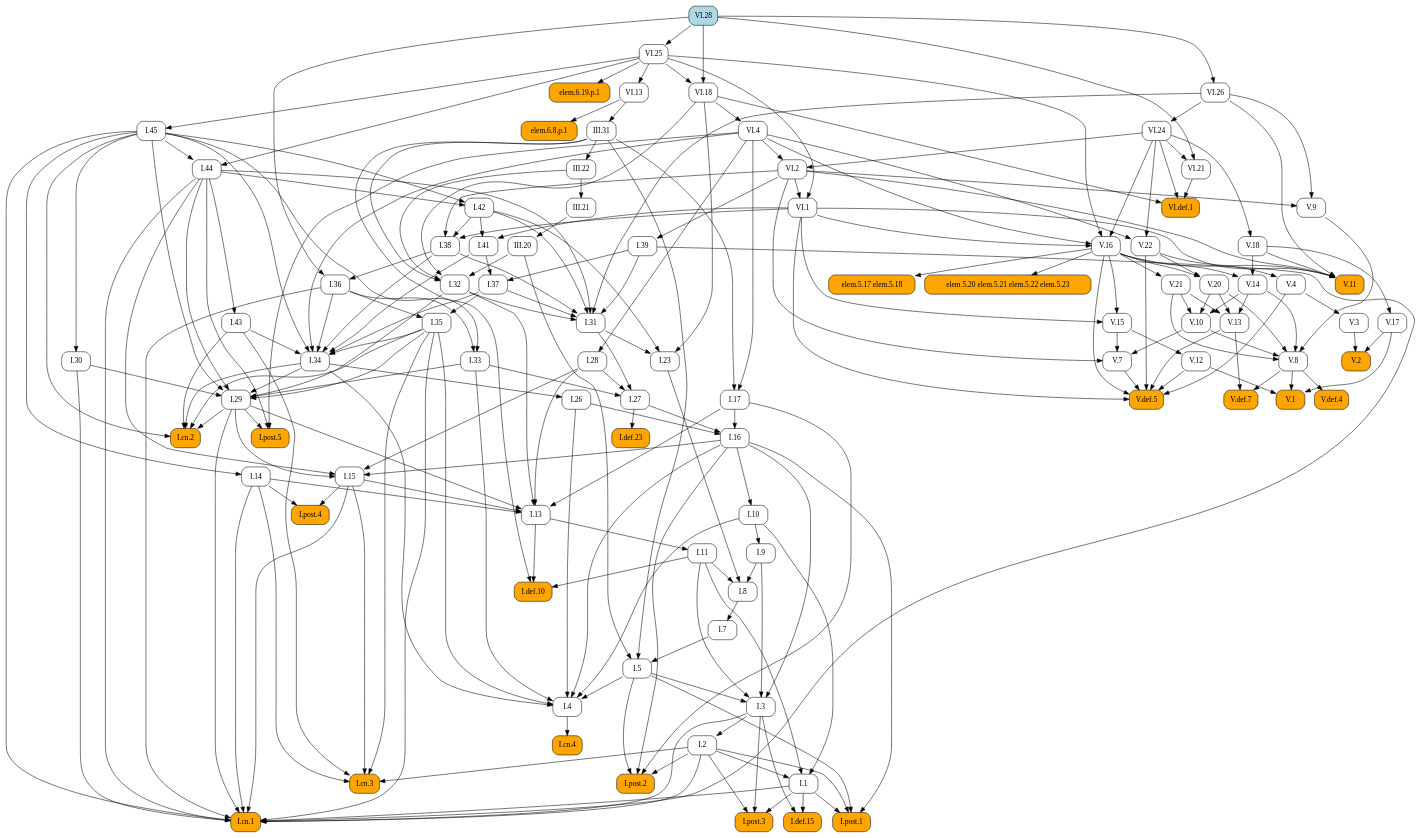
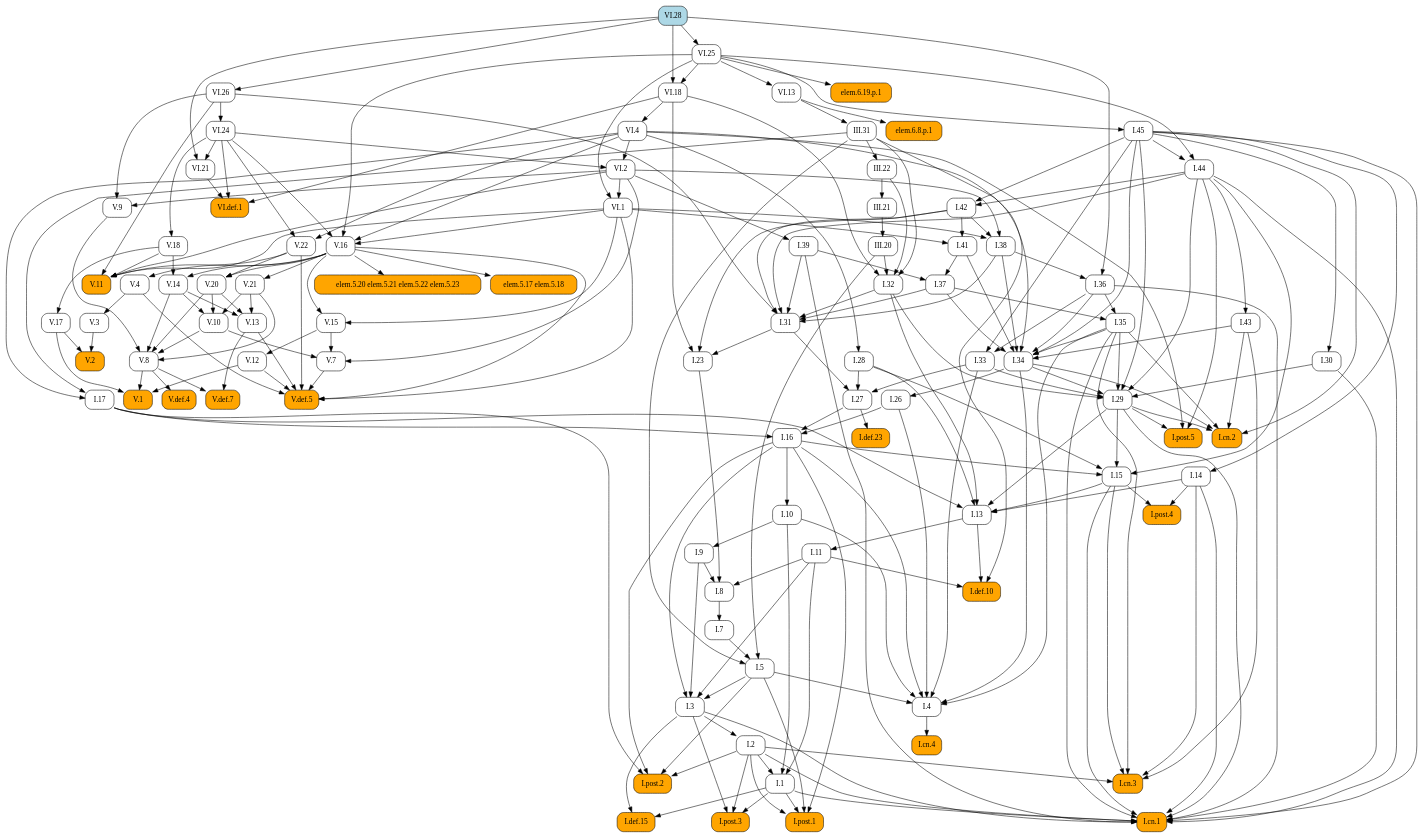
Before and after one commit to geometor/elements: the diagram in docsrc/elements2/VI/28/index.rst, drawn with Graphviz. The commit also changed other lines of this file and 409 other files, not shown here.

First line of the commit message:
feat: Add image cropping and graphic extraction script

```diff
--- a/docsrc/elements2/VI/28/index.rst
+++ b/docsrc/elements2/VI/28/index.rst
@@ -119,126 +119,94 @@
    digraph {
      rankdir="TB";
      node [shape=box, style=rounded];
+     "I.31" [URL="/elements2/I/31/", target="_top"];
+     "I.41" [URL="/elements2/I/41/", target="_top"];
+     "V.10" [URL="/elements2/V/10/", target="_top"];
      "I.8" [URL="/elements2/I/8/", target="_top"];
-     "V.20" [URL="/elements2/V/20/", target="_top"];
+     "I.15" [URL="/elements2/I/15/", target="_top"];
+     "VI.1" [URL="/elements2/VI/1/", target="_top"];
+     "V.8" [URL="/elements2/V/8/", target="_top"];
+     "I.44" [URL="/elements2/I/44/", target="_top"];
+     "I.26" [URL="/elements2/I/26/", target="_top"];
+     "I.cn.1" [style="rounded,filled", fillcolor=orange, URL="/elements2/I/cn.1/", target="_top"];
+     "elem.5.20 elem.5.21 elem.5.22 elem.5.23" [style="rounded,filled", fillcolor=orange];
+     "elem.6.8.p.1" [style="rounded,filled", fillcolor=orange];
+     "I.28" [URL="/elements2/I/28/", target="_top"];
+     "V.def.5" [style="rounded,filled", fillcolor=orange, URL="/elements2/V/def.5/", target="_top"];
+     "V.17" [URL="/elements2/V/17/", target="_top"];
+     "I.16" [URL="/elements2/I/16/", target="_top"];
+     "VI.13" [URL="/elements2/VI/13/", target="_top"];
+     "I.35" [URL="/elements2/I/35/", target="_top"];
+     "I.34" [URL="/elements2/I/34/", target="_top"];
+     "elem.6.19.p.1" [style="rounded,filled", fillcolor=orange];
+     "I.30" [URL="/elements2/I/30/", target="_top"];
+     "VI.18" [URL="/elements2/VI/18/", target="_top"];
+     "VI.4" [URL="/elements2/VI/4/", target="_top"];
+     "I.33" [URL="/elements2/I/33/", target="_top"];
+     "V.15" [URL="/elements2/V/15/", target="_top"];
+     "V.4" [URL="/elements2/V/4/", target="_top"];
+     "elem.5.17 elem.5.18" [style="rounded,filled", fillcolor=orange];
+     "I.def.15" [style="rounded,filled", fillcolor=orange, URL="/elements2/I/def.15/", target="_top"];
+     "V.14" [URL="/elements2/V/14/", target="_top"];
+     "I.42" [URL="/elements2/I/42/", target="_top"];
+     "V.3" [URL="/elements2/V/3/", target="_top"];
+     "I.11" [URL="/elements2/I/11/", target="_top"];
+     "III.22" [URL="/elements2/III/22/", target="_top"];
+     "I.14" [URL="/elements2/I/14/", target="_top"];
+     "III.21" [URL="/elements2/III/21/", target="_top"];
+     "V.11" [style="rounded,filled", fillcolor=orange, URL="/elements2/V/11/", target="_top"];
+     "I.cn.3" [style="rounded,filled", fillcolor=orange, URL="/elements2/I/cn.3/", target="_top"];
+     "I.9" [URL="/elements2/I/9/", target="_top"];
+     "I.29" [URL="/elements2/I/29/", target="_top"];
      "I.36" [URL="/elements2/I/36/", target="_top"];
-     "V.def.5" [style="rounded,filled", fillcolor=orange, URL="/elements2/V/def.5/", target="_top"];
-     "VI.13" [URL="/elements2/VI/13/", target="_top"];
-     "I.38" [URL="/elements2/I/38/", target="_top"];
-     "I.post.5" [style="rounded,filled", fillcolor=orange, URL="/elements2/I/post.5/", target="_top"];
-     "I.def.10" [style="rounded,filled", fillcolor=orange, URL="/elements2/I/def.10/", target="_top"];
-     "I.30" [URL="/elements2/I/30/", target="_top"];
+     "V.13" [URL="/elements2/V/13/", target="_top"];
+     "I.post.1" [style="rounded,filled", fillcolor=orange, URL="/elements2/I/post.1/", target="_top"];
+     "V.def.4" [style="rounded,filled", fillcolor=orange, URL="/elements2/V/def.4/", target="_top"];
+     "VI.2" [URL="/elements2/VI/2/", target="_top"];
+     "I.27" [URL="/elements2/I/27/", target="_top"];
+     "V.1" [style="rounded,filled", fillcolor=orange, URL="/elements2/V/1/", target="_top"];
+     "I.cn.4" [style="rounded,filled", fillcolor=orange, URL="/elements2/I/cn.4/", target="_top"];
+     "I.post.4" [style="rounded,filled", fillcolor=orange, URL="/elements2/I/post.4/", target="_top"];
      "I.cn.2" [style="rounded,filled", fillcolor=orange, URL="/elements2/I/cn.2/", target="_top"];
-     "elem.6.19.p.1" [style="rounded,filled", fillcolor=orange];
-     "III.31" [URL="/elements2/III/31/", target="_top"];
-     "I.31" [URL="/elements2/I/31/", target="_top"];
+     "V.7" [URL="/elements2/V/7/", target="_top"];
+     "I.37" [URL="/elements2/I/37/", target="_top"];
      "I.43" [URL="/elements2/I/43/", target="_top"];
-     "I.post.2" [style="rounded,filled", fillcolor=orange, URL="/elements2/I/post.2/", target="_top"];
-     "I.def.23" [style="rounded,filled", fillcolor=orange, URL="/elements2/I/def.23/", target="_top"];
-     "VI.25" [URL="/elements2/VI/25/", target="_top"];
-     "I.26" [URL="/elements2/I/26/", target="_top"];
-     "VI.21" [URL="/elements2/VI/21/", target="_top"];
-     "elem.6.8.p.1" [style="rounded,filled", fillcolor=orange];
-     "V.17" [URL="/elements2/V/17/", target="_top"];
-     "V.3" [URL="/elements2/V/3/", target="_top"];
-     "I.cn.3" [style="rounded,filled", fillcolor=orange, URL="/elements2/I/cn.3/", target="_top"];
+     "V.21" [URL="/elements2/V/21/", target="_top"];
+     "I.5" [URL="/elements2/I/5/", target="_top"];
+     "V.def.7" [style="rounded,filled", fillcolor=orange, URL="/elements2/V/def.7/", target="_top"];
+     "I.17" [URL="/elements2/I/17/", target="_top"];
+     "V.12" [URL="/elements2/V/12/", target="_top"];
+     "VI.28" [style="rounded,filled", fillcolor=lightblue, URL="/elements2/VI/28/", target="_top"];
+     "I.32" [URL="/elements2/I/32/", target="_top"];
+     "I.7" [URL="/elements2/I/7/", target="_top"];
+     "V.18" [URL="/elements2/V/18/", target="_top"];
+     "I.23" [URL="/elements2/I/23/", target="_top"];
+     "V.9" [URL="/elements2/V/9/", target="_top"];
      "III.20" [URL="/elements2/III/20/", target="_top"];
      "V.2" [style="rounded,filled", fillcolor=orange, URL="/elements2/V/2/", target="_top"];
-     "V.12" [URL="/elements2/V/12/", target="_top"];
+     "VI.21" [URL="/elements2/VI/21/", target="_top"];
+     "VI.25" [URL="/elements2/VI/25/", target="_top"];
+     "I.38" [URL="/elements2/I/38/", target="_top"];
+     "III.31" [URL="/elements2/III/31/", target="_top"];
+     "I.def.10" [style="rounded,filled", fillcolor=orange, URL="/elements2/I/def.10/", target="_top"];
+     "VI.24" [URL="/elements2/VI/24/", target="_top"];
+     "V.20" [URL="/elements2/V/20/", target="_top"];
+     "V.16" [URL="/elements2/V/16/", target="_top"];
+     "I.def.23" [style="rounded,filled", fillcolor=orange, URL="/elements2/I/def.23/", target="_top"];
+     "I.post.5" [style="rounded,filled", fillcolor=orange, URL="/elements2/I/post.5/", target="_top"];
+     "VI.26" [URL="/elements2/VI/26/", target="_top"];
+     "I.3" [URL="/elements2/I/3/", target="_top"];
+     "I.10" [URL="/elements2/I/10/", target="_top"];
+     "I.13" [URL="/elements2/I/13/", target="_top"];
+     "I.4" [URL="/elements2/I/4/", target="_top"];
+     "I.post.3" [style="rounded,filled", fillcolor=orange, URL="/elements2/I/post.3/", target="_top"];
+     "I.39" [URL="/elements2/I/39/", target="_top"];
+     "I.45" [URL="/elements2/I/45/", target="_top"];
+     "I.2" [URL="/elements2/I/2/", target="_top"];
+     "VI.def.1" [style="rounded,filled", fillcolor=orange, URL="/elements2/VI/def.1/", target="_top"];
+     "I.1" [URL="/elements2/I/1/", target="_top"];
+     "I.post.2" [style="rounded,filled", fillcolor=orange, URL="/elements2/I/post.2/", target="_top"];
      "V.22" [URL="/elements2/V/22/", target="_top"];
-     "VI.18" [URL="/elements2/VI/18/", target="_top"];
-     "I.35" [URL="/elements2/I/35/", target="_top"];
-     "I.41" [URL="/elements2/I/41/", target="_top"];
-     "I.28" [URL="/elements2/I/28/", target="_top"];
-     "I.27" [URL="/elements2/I/27/", target="_top"];
-     "I.4" [URL="/elements2/I/4/", target="_top"];
-     "I.44" [URL="/elements2/I/44/", target="_top"];
-     "V.8" [URL="/elements2/V/8/", target="_top"];
-     "VI.2" [URL="/elements2/VI/2/", target="_top"];
-     "I.39" [URL="/elements2/I/39/", target="_top"];
-     "I.15" [URL="/elements2/I/15/", target="_top"];
-     "I.34" [URL="/elements2/I/34/", target="_top"];
-     "VI.24" [URL="/elements2/VI/24/", target="_top"];
-     "I.post.3" [style="rounded,filled", fillcolor=orange, URL="/elements2/I/post.3/", target="_top"];
-     "I.32" [URL="/elements2/I/32/", target="_top"];
-     "V.18" [URL="/elements2/V/18/", target="_top"];
-     "V.def.4" [style="rounded,filled", fillcolor=orange, URL="/elements2/V/def.4/", target="_top"];
-     "I.14" [URL="/elements2/I/14/", target="_top"];
-     "I.post.1" [style="rounded,filled", fillcolor=orange, URL="/elements2/I/post.1/", target="_top"];
-     "I.33" [URL="/elements2/I/33/", target="_top"];
-     "I.45" [URL="/elements2/I/45/", target="_top"];
-     "I.5" [URL="/elements2/I/5/", target="_top"];
-     "elem.5.17 elem.5.18" [style="rounded,filled", fillcolor=orange];
-     "VI.1" [URL="/elements2/VI/1/", target="_top"];
-     "V.11" [style="rounded,filled", fillcolor=orange, URL="/elements2/V/11/", target="_top"];
-     "V.13" [URL="/elements2/V/13/", target="_top"];
-     "III.22" [URL="/elements2/III/22/", target="_top"];
-     "V.9" [URL="/elements2/V/9/", target="_top"];
-     "V.16" [URL="/elements2/V/16/", target="_top"];
-     "I.def.15" [style="rounded,filled", fillcolor=orange, URL="/elements2/I/def.15/", target="_top"];
-     "V.15" [URL="/elements2/V/15/", target="_top"];
-     "I.11" [URL="/elements2/I/11/", target="_top"];
-     "I.3" [URL="/elements2/I/3/", target="_top"];
-     "V.14" [URL="/elements2/V/14/", target="_top"];
-     "VI.4" [URL="/elements2/VI/4/", target="_top"];
-     "V.10" [URL="/elements2/V/10/", target="_top"];
-     "I.1" [URL="/elements2/I/1/", target="_top"];
-     "I.cn.4" [style="rounded,filled", fillcolor=orange, URL="/elements2/I/cn.4/", target="_top"];
-     "I.23" [URL="/elements2/I/23/", target="_top"];
-     "III.21" [URL="/elements2/III/21/", target="_top"];
-     "I.7" [URL="/elements2/I/7/", target="_top"];
-     "I.17" [URL="/elements2/I/17/", target="_top"];
-     "I.42" [URL="/elements2/I/42/", target="_top"];
-     "I.9" [URL="/elements2/I/9/", target="_top"];
-     "V.1" [style="rounded,filled", fillcolor=orange, URL="/elements2/V/1/", target="_top"];
-     "V.7" [URL="/elements2/V/7/", target="_top"];
-     "I.29" [URL="/elements2/I/29/", target="_top"];
-     "I.16" [URL="/elements2/I/16/", target="_top"];
-     "V.21" [URL="/elements2/V/21/", target="_top"];
-     "elem.5.20 elem.5.21 elem.5.22 elem.5.23" [style="rounded,filled", fillcolor=orange];
-     "I.cn.1" [style="rounded,filled", fillcolor=orange, URL="/elements2/I/cn.1/", target="_top"];
-     "I.post.4" [style="rounded,filled", fillcolor=orange, URL="/elements2/I/post.4/", target="_top"];
-     "I.13" [URL="/elements2/I/13/", target="_top"];
-     "VI.28" [style="rounded,filled", fillcolor=lightblue, URL="/elements2/VI/28/", target="_top"];
-     "VI.def.1" [style="rounded,filled", fillcolor=orange, URL="/elements2/VI/def.1/", target="_top"];
-     "I.2" [URL="/elements2/I/2/", target="_top"];
-     "I.37" [URL="/elements2/I/37/", target="_top"];
-     "I.10" [URL="/elements2/I/10/", target="_top"];
-     "V.def.7" [style="rounded,filled", fillcolor=orange, URL="/elements2/V/def.7/", target="_top"];
-     "VI.26" [URL="/elements2/VI/26/", target="_top"];
-     "V.4" [URL="/elements2/V/4/", target="_top"];
-     "I.9" -> "I.8";
-     "I.11" -> "I.8";
-     "I.23" -> "I.8";
-     "V.16" -> "V.20";
-     "V.22" -> "V.20";
-     "I.38" -> "I.36";
-     "VI.28" -> "I.36";
-     "V.4" -> "V.def.5";
-     "V.7" -> "V.def.5";
-     "V.12" -> "V.def.5";
-     "V.13" -> "V.def.5";
-     "V.16" -> "V.def.5";
-     "V.22" -> "V.def.5";
-     "VI.1" -> "V.def.5";
-     "VI.25" -> "VI.13";
-     "I.42" -> "I.38";
-     "VI.1" -> "I.38";
-     "VI.2" -> "I.38";
-     "I.29" -> "I.post.5";
-     "I.44" -> "I.post.5";
-     "VI.4" -> "I.post.5";
-     "I.11" -> "I.def.10";
-     "I.13" -> "I.def.10";
-     "III.31" -> "I.def.10";
-     "I.45" -> "I.30";
-     "I.29" -> "I.cn.2";
-     "I.34" -> "I.cn.2";
-     "I.35" -> "I.cn.2";
-     "I.43" -> "I.cn.2";
-     "I.45" -> "I.cn.2";
-     "VI.25" -> "elem.6.19.p.1";
-     "VI.13" -> "III.31";
      "I.32" -> "I.31";
      "I.37" -> "I.31";
      "I.38" -> "I.31";
@@ -246,155 +214,28 @@
      "I.42" -> "I.31";
      "I.44" -> "I.31";
      "VI.26" -> "I.31";
-     "I.44" -> "I.43";
-     "I.2" -> "I.post.2";
-     "I.5" -> "I.post.2";
-     "I.16" -> "I.post.2";
-     "I.17" -> "I.post.2";
-     "I.27" -> "I.def.23";
-     "VI.28" -> "VI.25";
-     "I.34" -> "I.26";
-     "VI.24" -> "VI.21";
-     "VI.28" -> "VI.21";
-     "VI.13" -> "elem.6.8.p.1";
-     "V.18" -> "V.17";
-     "V.4" -> "V.3";
-     "I.2" -> "I.cn.3";
-     "I.14" -> "I.cn.3";
-     "I.15" -> "I.cn.3";
-     "I.35" -> "I.cn.3";
-     "I.43" -> "I.cn.3";
-     "III.21" -> "III.20";
-     "V.3" -> "V.2";
-     "V.17" -> "V.2";
-     "V.15" -> "V.12";
-     "VI.4" -> "V.22";
-     "VI.24" -> "V.22";
-     "VI.25" -> "VI.18";
-     "VI.28" -> "VI.18";
-     "I.36" -> "I.35";
-     "I.37" -> "I.35";
      "I.42" -> "I.41";
      "VI.1" -> "I.41";
-     "VI.4" -> "I.28";
-     "I.28" -> "I.27";
-     "I.31" -> "I.27";
-     "I.33" -> "I.27";
-     "I.5" -> "I.4";
-     "I.10" -> "I.4";
-     "I.16" -> "I.4";
-     "I.26" -> "I.4";
-     "I.33" -> "I.4";
-     "I.34" -> "I.4";
-     "I.35" -> "I.4";
-     "I.45" -> "I.44";
-     "VI.25" -> "I.44";
+     "V.14" -> "V.10";
+     "V.20" -> "V.10";
+     "V.21" -> "V.10";
+     "I.9" -> "I.8";
+     "I.11" -> "I.8";
+     "I.23" -> "I.8";
+     "I.16" -> "I.15";
+     "I.28" -> "I.15";
+     "I.29" -> "I.15";
+     "I.44" -> "I.15";
+     "VI.2" -> "VI.1";
+     "VI.25" -> "VI.1";
      "V.9" -> "V.8";
      "V.10" -> "V.8";
      "V.14" -> "V.8";
      "V.20" -> "V.8";
      "V.21" -> "V.8";
-     "VI.4" -> "VI.2";
-     "VI.24" -> "VI.2";
-     "VI.2" -> "I.39";
-     "I.16" -> "I.15";
-     "I.28" -> "I.15";
-     "I.29" -> "I.15";
-     "I.44" -> "I.15";
-     "I.35" -> "I.34";
-     "I.36" -> "I.34";
-     "I.37" -> "I.34";
-     "I.38" -> "I.34";
-     "I.41" -> "I.34";
-     "I.43" -> "I.34";
-     "I.45" -> "I.34";
-     "VI.4" -> "I.34";
-     "VI.26" -> "VI.24";
-     "I.1" -> "I.post.3";
-     "I.2" -> "I.post.3";
-     "I.3" -> "I.post.3";
-     "III.20" -> "I.32";
-     "III.22" -> "I.32";
-     "III.31" -> "I.32";
-     "VI.18" -> "I.32";
-     "VI.24" -> "V.18";
-     "V.8" -> "V.def.4";
-     "I.45" -> "I.14";
-     "I.1" -> "I.post.1";
-     "I.2" -> "I.post.1";
-     "I.5" -> "I.post.1";
-     "I.16" -> "I.post.1";
-     "I.36" -> "I.33";
-     "I.45" -> "I.33";
-     "VI.25" -> "I.45";
-     "I.7" -> "I.5";
-     "III.20" -> "I.5";
-     "III.31" -> "I.5";
-     "V.16" -> "elem.5.17 elem.5.18";
-     "VI.2" -> "VI.1";
-     "VI.25" -> "VI.1";
-     "V.16" -> "V.11";
-     "V.18" -> "V.11";
-     "VI.1" -> "V.11";
-     "VI.2" -> "V.11";
-     "VI.26" -> "V.11";
-     "V.14" -> "V.13";
-     "V.20" -> "V.13";
-     "V.21" -> "V.13";
-     "III.31" -> "III.22";
-     "VI.2" -> "V.9";
-     "VI.26" -> "V.9";
-     "VI.1" -> "V.16";
-     "VI.4" -> "V.16";
-     "VI.24" -> "V.16";
-     "VI.25" -> "V.16";
-     "I.1" -> "I.def.15";
-     "I.3" -> "I.def.15";
-     "V.16" -> "V.15";
-     "VI.1" -> "V.15";
-     "I.13" -> "I.11";
-     "I.5" -> "I.3";
-     "I.9" -> "I.3";
-     "I.11" -> "I.3";
-     "I.16" -> "I.3";
-     "V.16" -> "V.14";
-     "V.18" -> "V.14";
-     "VI.18" -> "VI.4";
-     "V.14" -> "V.10";
-     "V.20" -> "V.10";
-     "V.21" -> "V.10";
-     "I.2" -> "I.1";
-     "I.10" -> "I.1";
-     "I.11" -> "I.1";
-     "I.4" -> "I.cn.4";
-     "I.31" -> "I.23";
-     "I.42" -> "I.23";
-     "VI.18" -> "I.23";
-     "III.22" -> "III.21";
-     "I.8" -> "I.7";
-     "III.31" -> "I.17";
-     "VI.4" -> "I.17";
-     "I.44" -> "I.42";
-     "I.45" -> "I.42";
-     "I.10" -> "I.9";
-     "V.8" -> "V.1";
-     "V.12" -> "V.1";
-     "V.17" -> "V.1";
-     "V.10" -> "V.7";
-     "V.15" -> "V.7";
-     "VI.2" -> "V.7";
-     "I.30" -> "I.29";
-     "I.32" -> "I.29";
-     "I.33" -> "I.29";
-     "I.34" -> "I.29";
-     "I.35" -> "I.29";
-     "I.44" -> "I.29";
-     "I.45" -> "I.29";
-     "I.17" -> "I.16";
-     "I.26" -> "I.16";
-     "I.27" -> "I.16";
-     "V.16" -> "V.21";
-     "V.16" -> "elem.5.20 elem.5.21 elem.5.22 elem.5.23";
+     "I.45" -> "I.44";
+     "VI.25" -> "I.44";
+     "I.34" -> "I.26";
      "I.1" -> "I.cn.1";
      "I.2" -> "I.cn.1";
      "I.3" -> "I.cn.1";
@@ -407,23 +248,182 @@
      "I.39" -> "I.cn.1";
      "I.44" -> "I.cn.1";
      "I.45" -> "I.cn.1";
+     "V.16" -> "elem.5.20 elem.5.21 elem.5.22 elem.5.23";
+     "VI.13" -> "elem.6.8.p.1";
+     "VI.4" -> "I.28";
+     "V.4" -> "V.def.5";
+     "V.7" -> "V.def.5";
+     "V.12" -> "V.def.5";
+     "V.13" -> "V.def.5";
+     "V.16" -> "V.def.5";
+     "V.22" -> "V.def.5";
+     "VI.1" -> "V.def.5";
+     "V.18" -> "V.17";
+     "I.17" -> "I.16";
+     "I.26" -> "I.16";
+     "I.27" -> "I.16";
+     "VI.25" -> "VI.13";
+     "I.36" -> "I.35";
+     "I.37" -> "I.35";
+     "I.35" -> "I.34";
+     "I.36" -> "I.34";
+     "I.37" -> "I.34";
+     "I.38" -> "I.34";
+     "I.41" -> "I.34";
+     "I.43" -> "I.34";
+     "I.45" -> "I.34";
+     "VI.4" -> "I.34";
+     "VI.25" -> "elem.6.19.p.1";
+     "I.45" -> "I.30";
+     "VI.25" -> "VI.18";
+     "VI.28" -> "VI.18";
+     "VI.18" -> "VI.4";
+     "I.36" -> "I.33";
+     "I.45" -> "I.33";
+     "V.16" -> "V.15";
+     "VI.1" -> "V.15";
+     "V.22" -> "V.4";
+     "V.16" -> "elem.5.17 elem.5.18";
+     "I.1" -> "I.def.15";
+     "I.3" -> "I.def.15";
+     "V.16" -> "V.14";
+     "V.18" -> "V.14";
+     "I.44" -> "I.42";
+     "I.45" -> "I.42";
+     "V.4" -> "V.3";
+     "I.13" -> "I.11";
+     "III.31" -> "III.22";
+     "I.45" -> "I.14";
+     "III.22" -> "III.21";
+     "V.16" -> "V.11";
+     "V.18" -> "V.11";
+     "VI.1" -> "V.11";
+     "VI.2" -> "V.11";
+     "VI.26" -> "V.11";
+     "I.2" -> "I.cn.3";
+     "I.14" -> "I.cn.3";
+     "I.15" -> "I.cn.3";
+     "I.35" -> "I.cn.3";
+     "I.43" -> "I.cn.3";
+     "I.10" -> "I.9";
+     "I.30" -> "I.29";
+     "I.32" -> "I.29";
+     "I.33" -> "I.29";
+     "I.34" -> "I.29";
+     "I.35" -> "I.29";
+     "I.44" -> "I.29";
+     "I.45" -> "I.29";
+     "I.38" -> "I.36";
+     "VI.28" -> "I.36";
+     "V.14" -> "V.13";
+     "V.20" -> "V.13";
+     "V.21" -> "V.13";
+     "I.1" -> "I.post.1";
+     "I.2" -> "I.post.1";
+     "I.5" -> "I.post.1";
+     "I.16" -> "I.post.1";
+     "V.8" -> "V.def.4";
+     "VI.4" -> "VI.2";
+     "VI.24" -> "VI.2";
+     "I.28" -> "I.27";
+     "I.31" -> "I.27";
+     "I.33" -> "I.27";
+     "V.8" -> "V.1";
+     "V.12" -> "V.1";
+     "V.17" -> "V.1";
+     "I.4" -> "I.cn.4";
      "I.14" -> "I.post.4";
      "I.15" -> "I.post.4";
+     "I.29" -> "I.cn.2";
+     "I.34" -> "I.cn.2";
+     "I.35" -> "I.cn.2";
+     "I.43" -> "I.cn.2";
+     "I.45" -> "I.cn.2";
+     "V.10" -> "V.7";
+     "V.15" -> "V.7";
+     "VI.2" -> "V.7";
+     "I.39" -> "I.37";
+     "I.41" -> "I.37";
+     "I.44" -> "I.43";
+     "V.16" -> "V.21";
+     "I.7" -> "I.5";
+     "III.20" -> "I.5";
+     "III.31" -> "I.5";
+     "V.8" -> "V.def.7";
+     "V.13" -> "V.def.7";
+     "III.31" -> "I.17";
+     "VI.4" -> "I.17";
+     "V.15" -> "V.12";
+     "III.20" -> "I.32";
+     "III.22" -> "I.32";
+     "III.31" -> "I.32";
+     "VI.18" -> "I.32";
+     "I.8" -> "I.7";
+     "VI.24" -> "V.18";
+     "I.31" -> "I.23";
+     "I.42" -> "I.23";
+     "VI.18" -> "I.23";
+     "VI.2" -> "V.9";
+     "VI.26" -> "V.9";
+     "III.21" -> "III.20";
+     "V.3" -> "V.2";
+     "V.17" -> "V.2";
+     "VI.24" -> "VI.21";
+     "VI.28" -> "VI.21";
+     "VI.28" -> "VI.25";
+     "I.42" -> "I.38";
+     "VI.1" -> "I.38";
+     "VI.2" -> "I.38";
+     "VI.13" -> "III.31";
+     "I.11" -> "I.def.10";
+     "I.13" -> "I.def.10";
+     "III.31" -> "I.def.10";
+     "VI.26" -> "VI.24";
+     "V.16" -> "V.20";
+     "V.22" -> "V.20";
+     "VI.1" -> "V.16";
+     "VI.4" -> "V.16";
+     "VI.24" -> "V.16";
+     "VI.25" -> "V.16";
+     "I.27" -> "I.def.23";
+     "I.29" -> "I.post.5";
+     "I.44" -> "I.post.5";
+     "VI.4" -> "I.post.5";
+     "VI.28" -> "VI.26";
+     "I.5" -> "I.3";
+     "I.9" -> "I.3";
+     "I.11" -> "I.3";
+     "I.16" -> "I.3";
+     "I.16" -> "I.10";
      "I.14" -> "I.13";
      "I.15" -> "I.13";
      "I.17" -> "I.13";
      "I.28" -> "I.13";
      "I.29" -> "I.13";
      "I.32" -> "I.13";
+     "I.5" -> "I.4";
+     "I.10" -> "I.4";
+     "I.16" -> "I.4";
+     "I.26" -> "I.4";
+     "I.33" -> "I.4";
+     "I.34" -> "I.4";
+     "I.35" -> "I.4";
+     "I.1" -> "I.post.3";
+     "I.2" -> "I.post.3";
+     "I.3" -> "I.post.3";
+     "VI.2" -> "I.39";
+     "VI.25" -> "I.45";
+     "I.3" -> "I.2";
      "VI.18" -> "VI.def.1";
      "VI.21" -> "VI.def.1";
      "VI.24" -> "VI.def.1";
-     "I.3" -> "I.2";
-     "I.39" -> "I.37";
-     "I.41" -> "I.37";
-     "I.16" -> "I.10";
-     "V.8" -> "V.def.7";
-     "V.13" -> "V.def.7";
-     "VI.28" -> "VI.26";
-     "V.22" -> "V.4";
+     "I.2" -> "I.1";
+     "I.10" -> "I.1";
+     "I.11" -> "I.1";
+     "I.2" -> "I.post.2";
+     "I.5" -> "I.post.2";
+     "I.16" -> "I.post.2";
+     "I.17" -> "I.post.2";
+     "VI.4" -> "V.22";
+     "VI.24" -> "V.22";
    }
```
